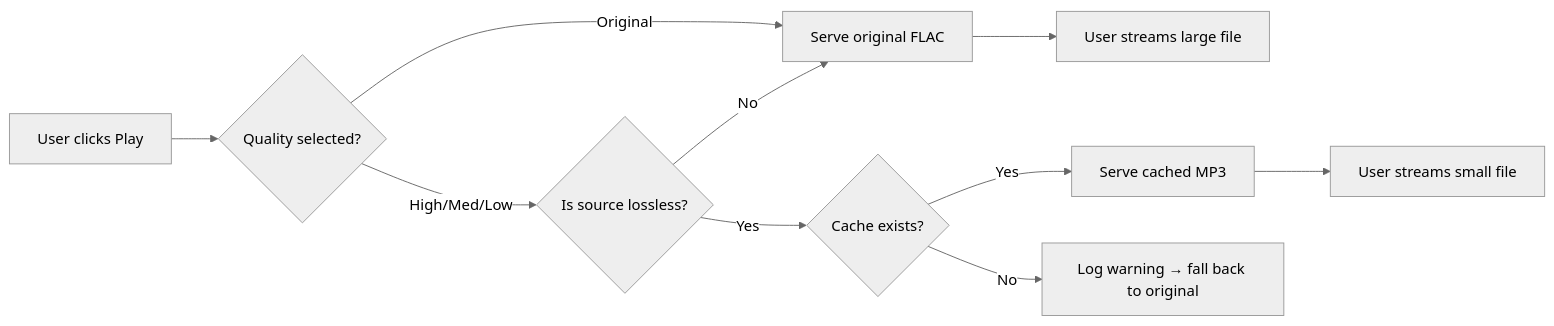
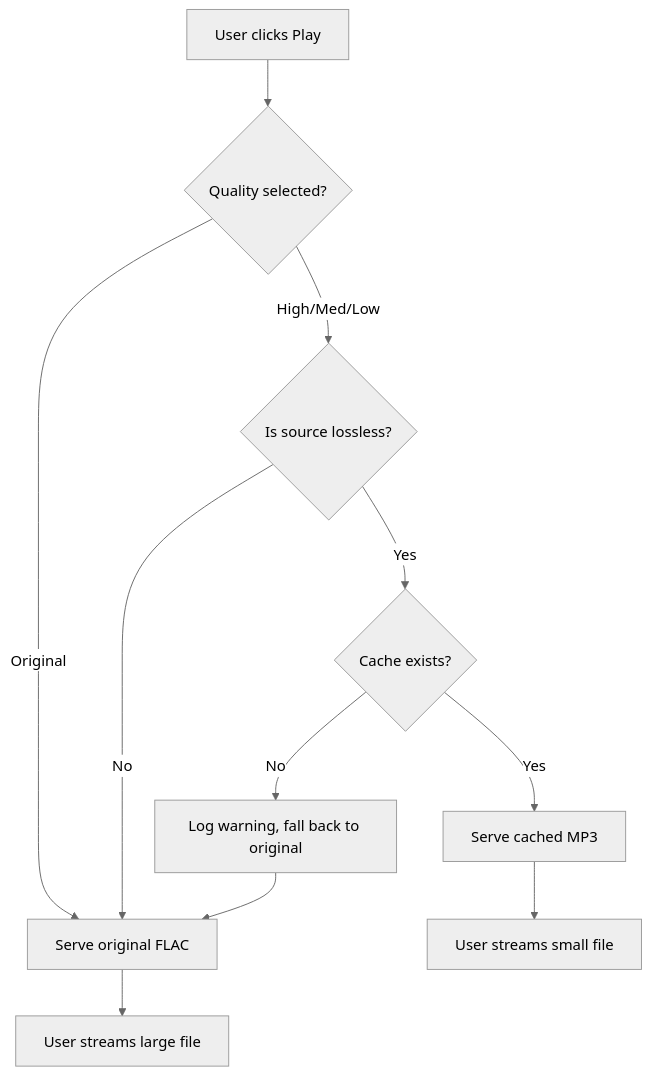
Before and after one commit to mark-me/mixtape-society: the fourth of 4 diagrams in docs/development/audio-playback/backend/server-cache-system.md, drawn with Mermaid (neutral theme). The commit also changed 19 other files, not shown here.

First line of the commit message:
Simplify unreadable diagrams and correct small errors in the docs

````diff
--- a/docs/development/audio-playback/backend/server-cache-system.md
+++ b/docs/development/audio-playback/backend/server-cache-system.md
@@ -108,12 +108,13 @@
 ```mermaid
-graph LR
+graph TD
     A[User clicks Play] --> B{Quality selected?}
     B -->|Original| C[Serve original FLAC]
     B -->|High/Med/Low| D{Is source lossless?}
     D -->|No| C
     D -->|Yes| E{Cache exists?}
     E -->|Yes| F[Serve cached MP3]
-    E -->|No| G[Log warning → fall back to original]
+    E -->|No| G[Log warning, fall back to original]
+    G --> C
     F --> H[User streams small file]
     C --> I[User streams large file]
 ```
````
